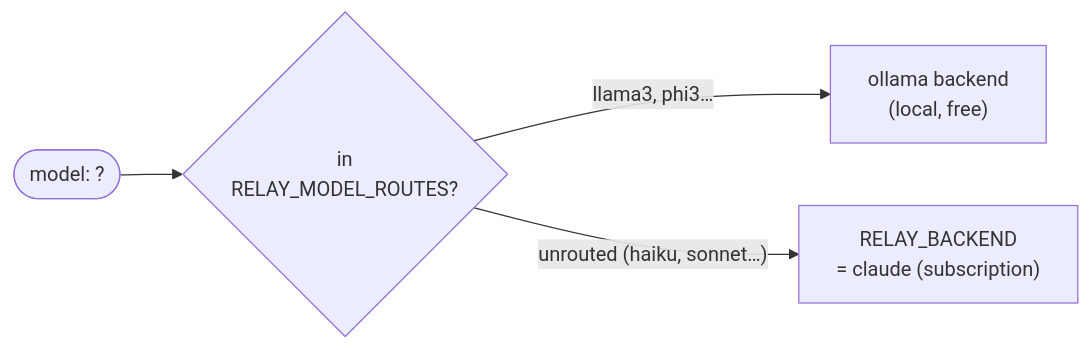
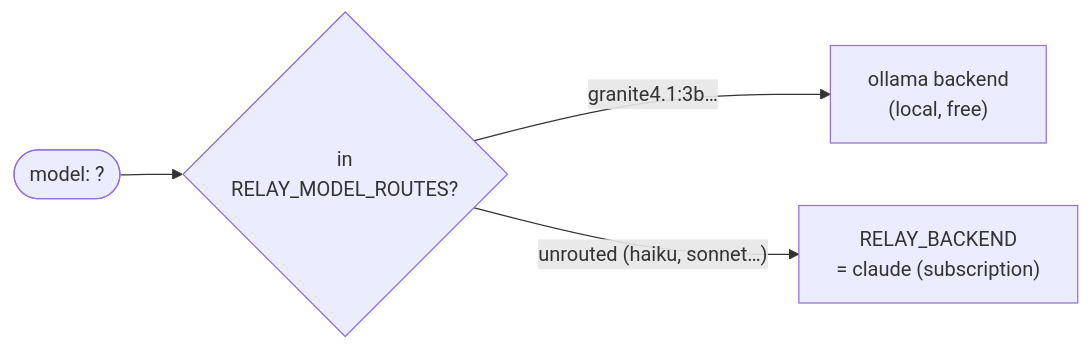
One commit to s-celles/agent-relay changed the diagram in docs/backends.md. Above: the diagram before and after it, drawn with Mermaid. The commit also changed other lines of this file and 1 other file, not shown here.

First line of the commit message:
docs: record which Ollama models actually serve client tools

````diff
--- a/docs/backends.md
+++ b/docs/backends.md
@@ -29,6 +69,6 @@
 ```mermaid
 flowchart LR
     req(["model: ?"]) --> route{"in<br/>RELAY_MODEL_ROUTES?"}
-    route -- "llama3, phi3…" --> ollama["ollama backend<br/>(local, free)"]
+    route -- "granite4.1:3b…" --> ollama["ollama backend<br/>(local, free)"]
     route -- "unrouted (haiku, sonnet…)" --> def["RELAY_BACKEND<br/>= claude (subscription)"]
 ```
````
